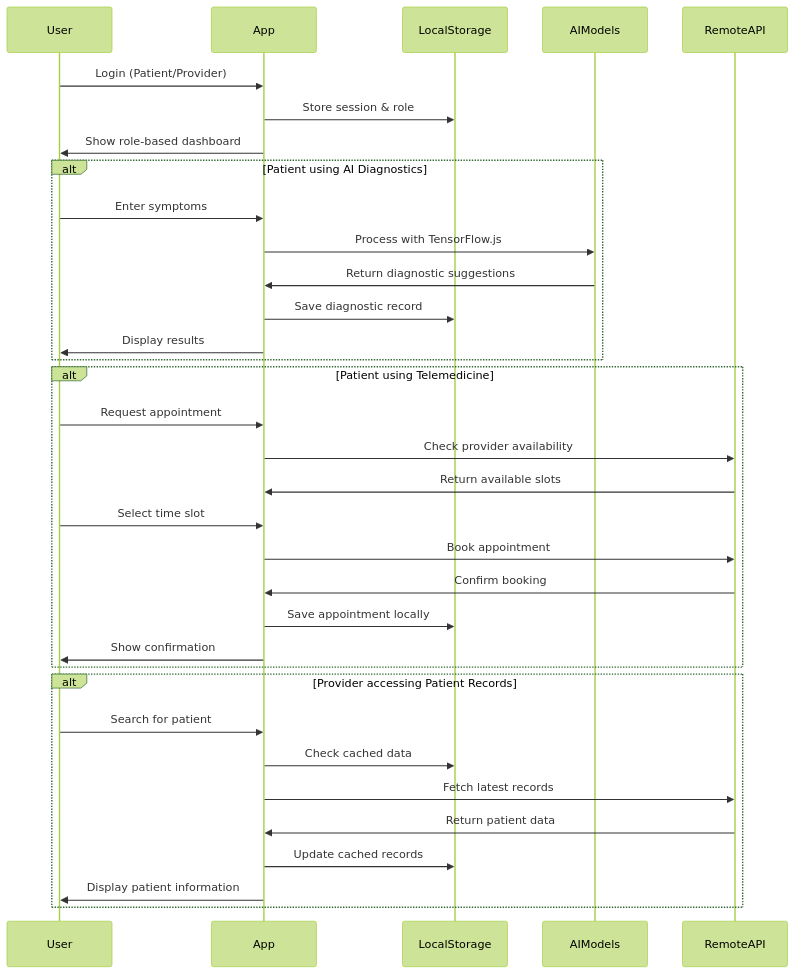
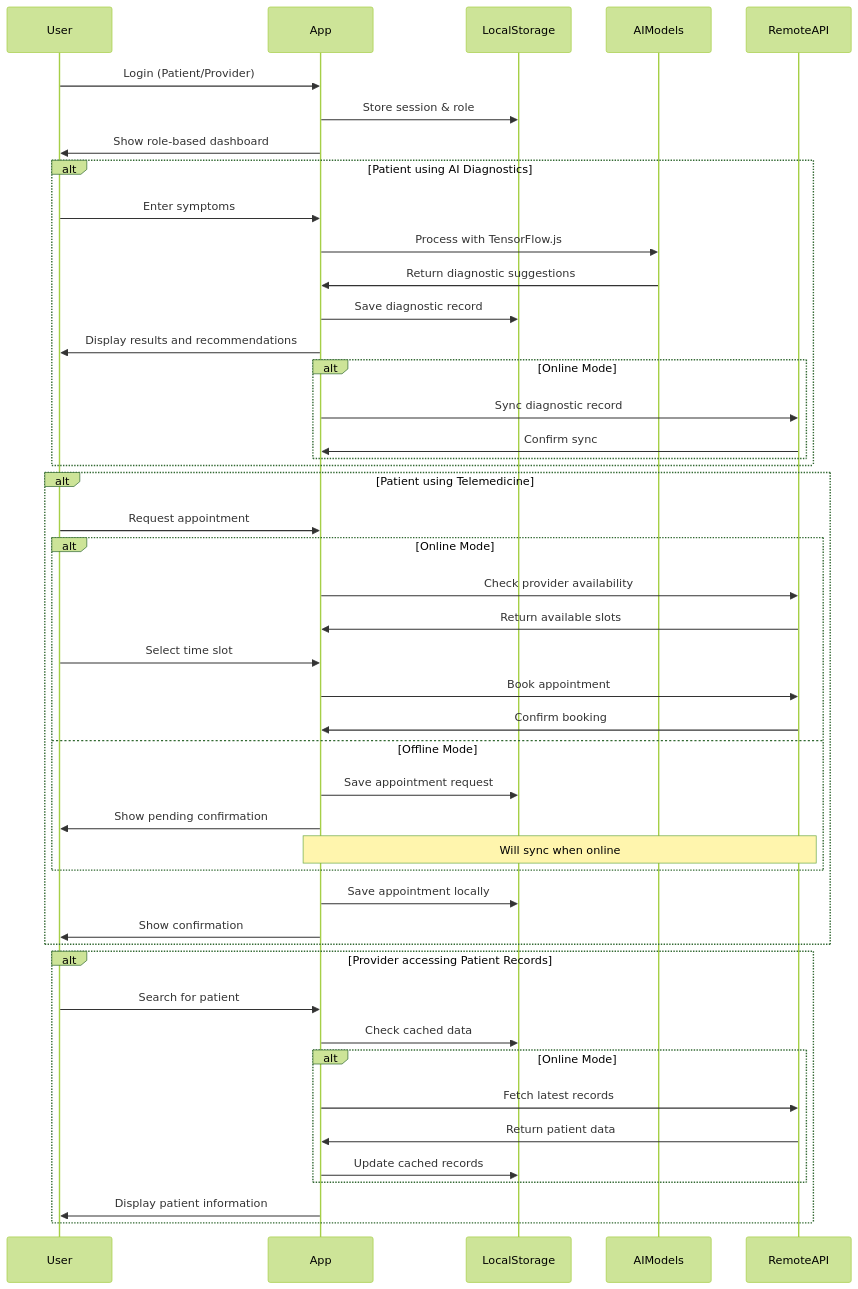
The second of 3 diagrams in docs/architecture.md (jaffarkeikei/kwecare-bridge-health), drawn with Mermaid (forest theme) before and after one commit. The commit also changed other lines of this file and 3 other files, not shown here.

````diff
--- a/docs/architecture.md
+++ b/docs/architecture.md
@@ -86,40 +96,57 @@
 ```mermaid
 sequenceDiagram
     participant User
     participant App
     participant LocalStorage
     participant AIModels
     participant RemoteAPI
 
     User->>App: Login (Patient/Provider)
     App->>LocalStorage: Store session & role
     App->>User: Show role-based dashboard
     
     alt Patient using AI Diagnostics
         User->>App: Enter symptoms
         App->>AIModels: Process with TensorFlow.js
         AIModels->>App: Return diagnostic suggestions
         App->>LocalStorage: Save diagnostic record
-        App->>User: Display results
+        App->>User: Display results and recommendations
+        
+        alt Online Mode
+            App->>RemoteAPI: Sync diagnostic record
+            RemoteAPI->>App: Confirm sync
+        end
     end
     
     alt Patient using Telemedicine
         User->>App: Request appointment
-        App->>RemoteAPI: Check provider availability
-        RemoteAPI->>App: Return available slots
-        User->>App: Select time slot
-        App->>RemoteAPI: Book appointment
-        RemoteAPI->>App: Confirm booking
+        
+        alt Online Mode
+            App->>RemoteAPI: Check provider availability
+            RemoteAPI->>App: Return available slots
+            User->>App: Select time slot
+            App->>RemoteAPI: Book appointment
+            RemoteAPI->>App: Confirm booking
+        else Offline Mode
+            App->>LocalStorage: Save appointment request
+            App->>User: Show pending confirmation
+            Note over App,RemoteAPI: Will sync when online
+        end
+        
         App->>LocalStorage: Save appointment locally
         App->>User: Show confirmation
     end
     
     alt Provider accessing Patient Records
         User->>App: Search for patient
         App->>LocalStorage: Check cached data
-        App->>RemoteAPI: Fetch latest records
-        RemoteAPI->>App: Return patient data
-        App->>LocalStorage: Update cached records
+        
+        alt Online Mode
+            App->>RemoteAPI: Fetch latest records
+            RemoteAPI->>App: Return patient data
+            App->>LocalStorage: Update cached records
+        end
+        
         App->>User: Display patient information
     end
 ```
````
